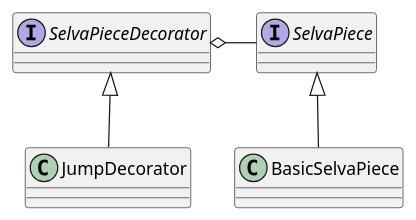
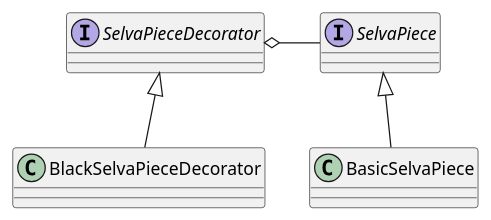
One commit to Brenda-Martinez/projeto-framework-tabuleiro changed the seventh of 12 diagrams in README.md. Above: the diagram before and after it, drawn with PlantUML. The commit also changed other lines of this file and 3 other files, not shown here.

````diff
--- a/README.md
+++ b/README.md
@@ -404,12 +404,12 @@
 ```plantuml
 @startuml
 interface SelvaPiece
 class BasicSelvaPiece
 interface SelvaPieceDecorator
-class JumpDecorator
+class BlackSelvaPieceDecorator
 
 SelvaPiece <|-- BasicSelvaPiece
-SelvaPieceDecorator <|-- JumpDecorator
+SelvaPieceDecorator <|-- BlackSelvaPieceDecorator
 SelvaPieceDecorator o- SelvaPiece
 @enduml
 ```
````
